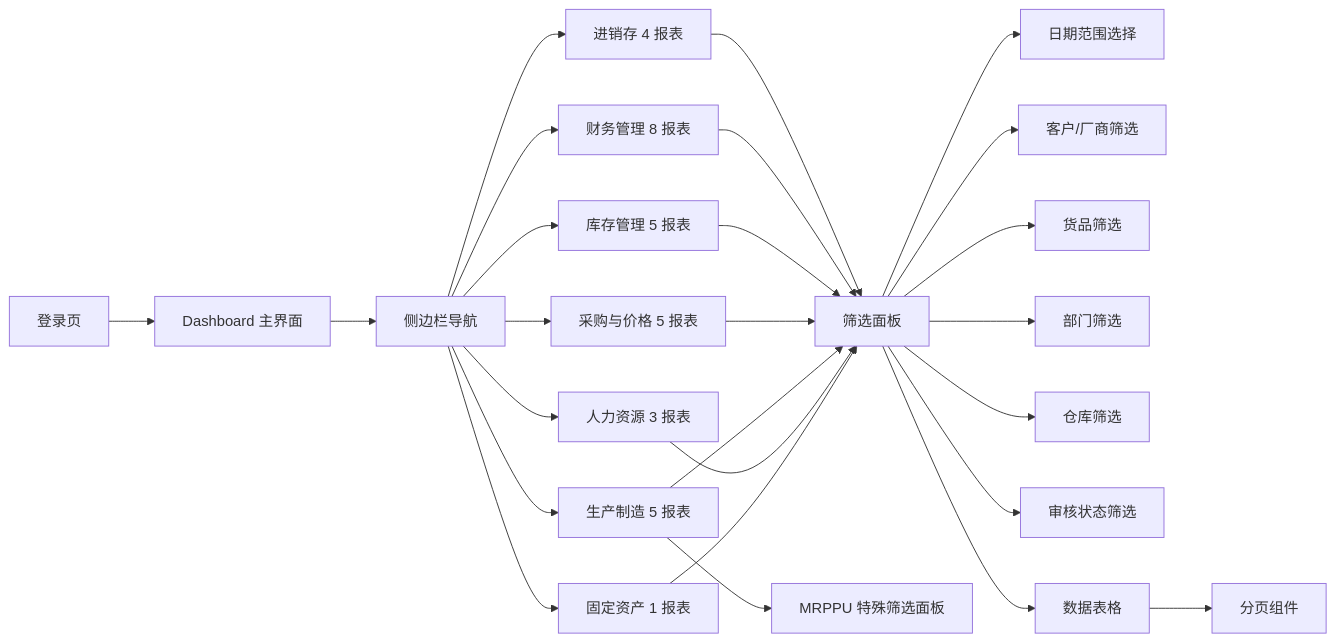
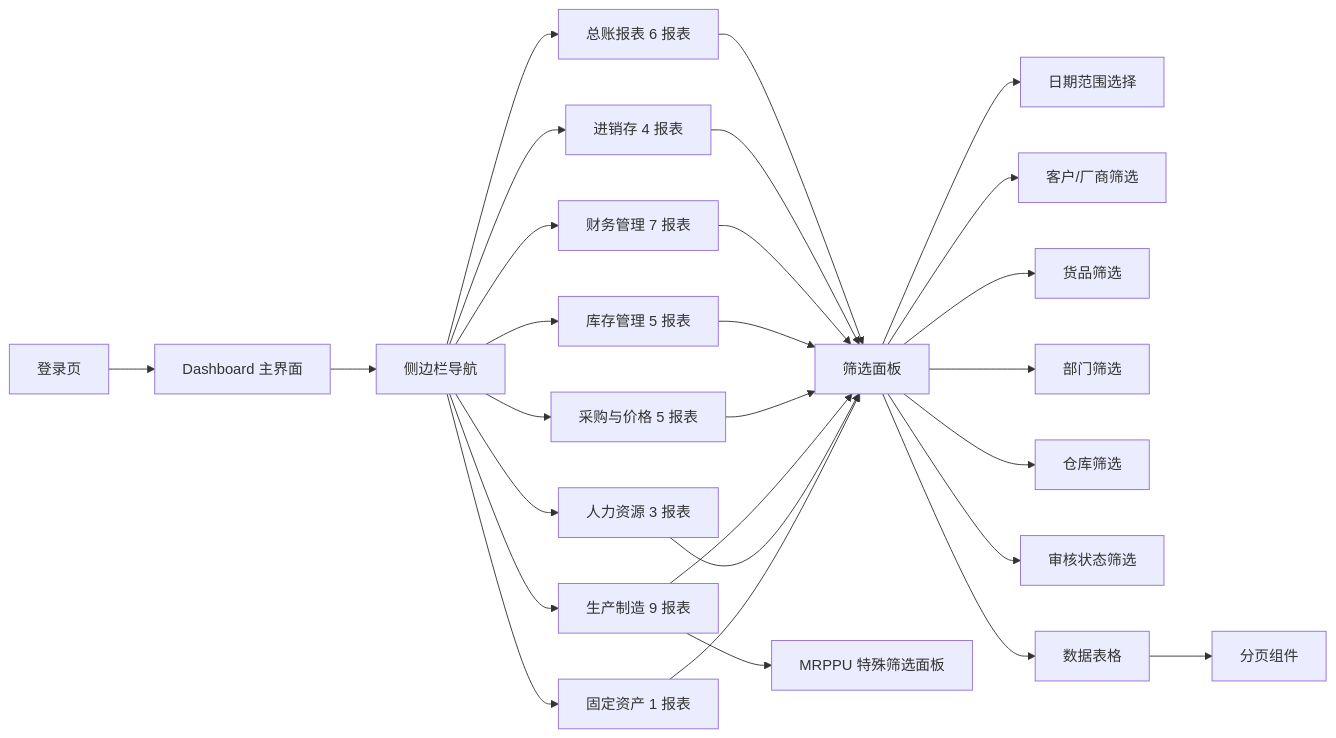
One commit to ksmingkimo/AsCoding changed the fifth of 25 diagrams in 流程图.md. Above: the diagram before and after it, drawn with Mermaid. The commit also changed other lines of this file and 27 other files, not shown here.

````diff
--- a/流程图.md
+++ b/流程图.md
@@ -195,25 +198,26 @@
 ```mermaid
 flowchart LR
     Login[登录页] --> Dashboard[Dashboard 主界面]
 
     Dashboard --> Sidebar[侧边栏导航]
+    Sidebar --> R0[总账报表 6 报表]
     Sidebar --> R1[进销存 4 报表]
-    Sidebar --> R2[财务管理 8 报表]
+    Sidebar --> R2[财务管理 7 报表]
     Sidebar --> R3[库存管理 5 报表]
     Sidebar --> R4[采购与价格 5 报表]
-    Sidebar --> R5[生产制造 5 报表]
+    Sidebar --> R5[生产制造 9 报表]
     Sidebar --> R6[人力资源 3 报表]
     Sidebar --> R7[固定资产 1 报表]
 
-    R1 & R2 & R3 & R4 & R5 & R6 & R7 --> FilterPanel[筛选面板]
+    R0 & R1 & R2 & R3 & R4 & R5 & R6 & R7 --> FilterPanel[筛选面板]
     R5 --> FilterPanelMRPPU[MRPPU 特殊筛选面板]
     FilterPanel --> DatePick[日期范围选择]
     FilterPanel --> CustPick[客户/厂商筛选]
     FilterPanel --> PrdPick[货品筛选]
     FilterPanel --> DepPick[部门筛选]
     FilterPanel --> WhPick[仓库筛选]
     FilterPanel --> StatusPick[审核状态筛选]
 
     FilterPanel --> Table[数据表格]
     Table --> Pagination[分页组件]
 ```
````
